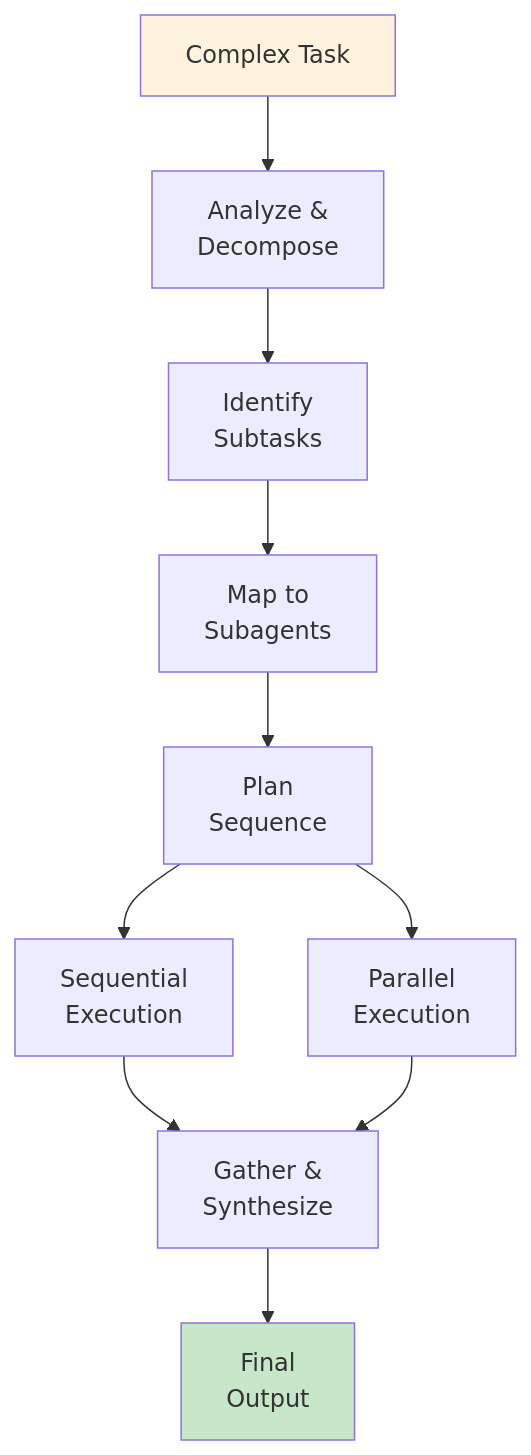
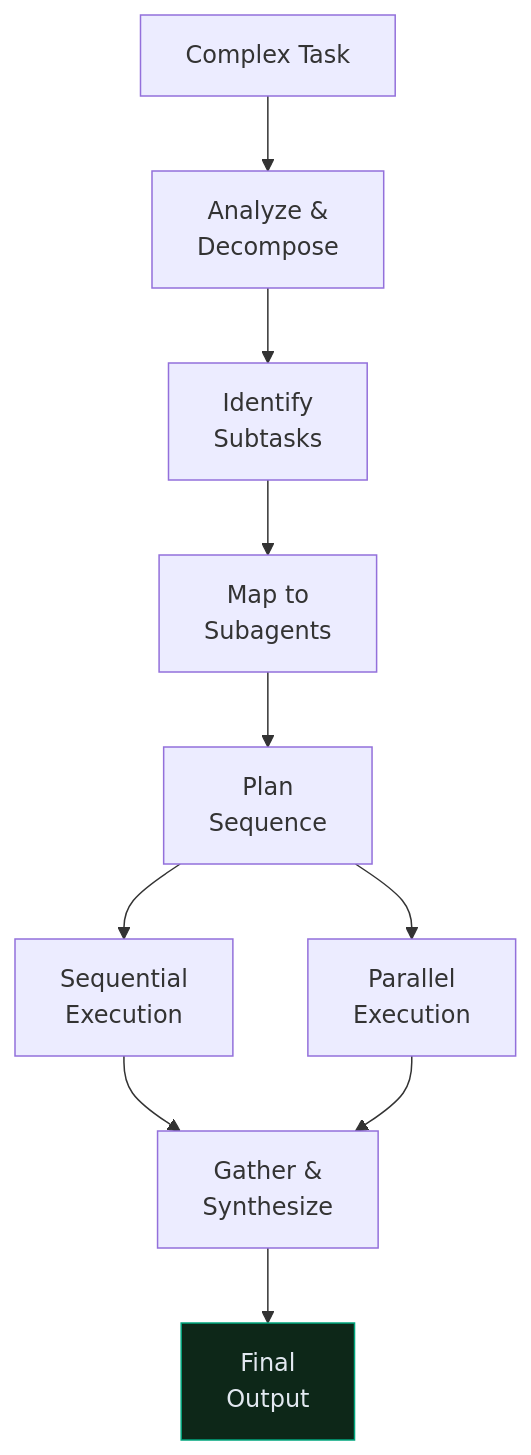
Before and after one commit to CagriCatik/claude-ollama-coder: the third of 4 diagrams in docs/08_Subagents.md, drawn with Mermaid. The commit also changed other lines of this file and 16 other files, not shown here.

````diff
--- a/docs/08_Subagents.md
+++ b/docs/08_Subagents.md
@@ -288,19 +301,18 @@
 ```mermaid
 graph TB
     A["Complex Task"] --> B["Analyze &<br/>Decompose"]
     
     B --> C["Identify<br/>Subtasks"]
     C --> D["Map to<br/>Subagents"]
     D --> E["Plan<br/>Sequence"]
     
     E --> F["Sequential<br/>Execution"]
     E --> G["Parallel<br/>Execution"]
     
     F --> H["Gather &<br/>Synthesize"]
     G --> H
     
     H --> I["Final<br/>Output"]
     
-    style A fill:#fff3e0
-    style I fill:#c8e6c9
+    style I fill:#0d2718,stroke:#00a67e,color:#e2e8f0
 ```
````
